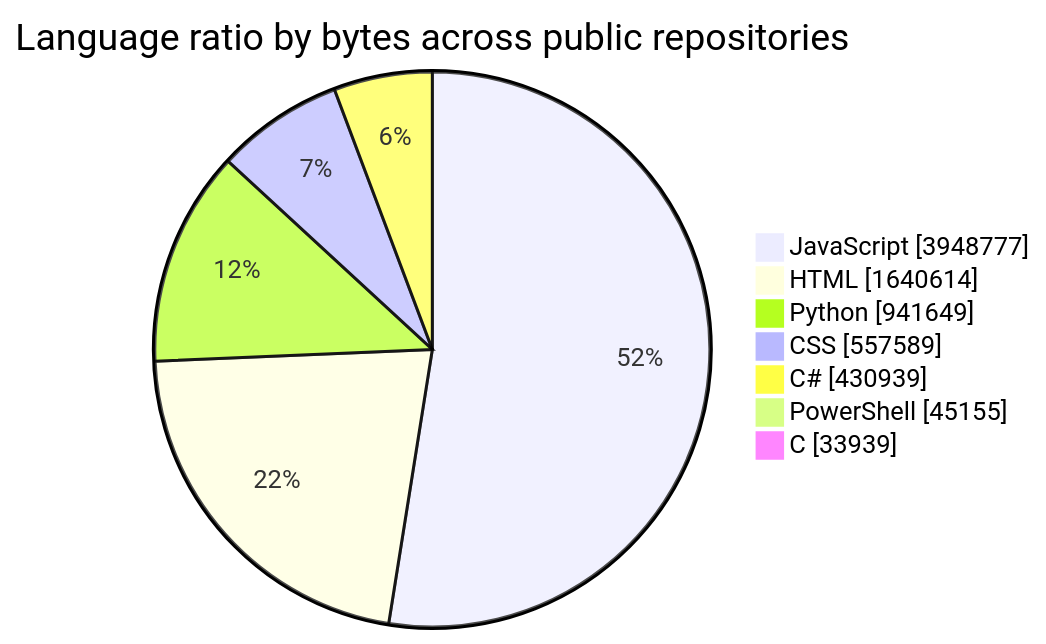
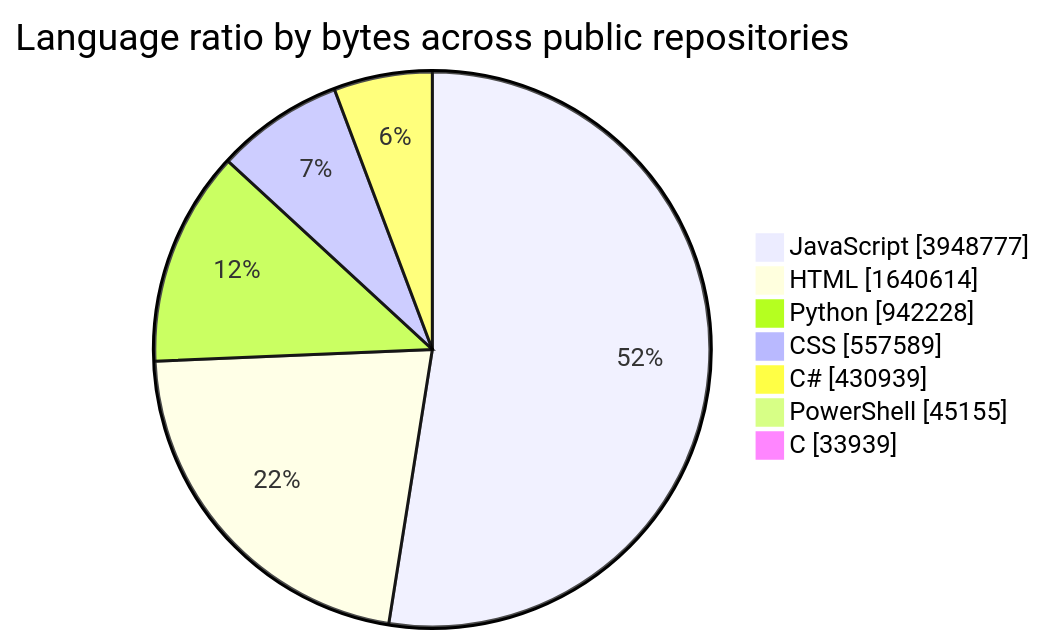
Before and after one commit to tchinso/tchinso: the first of 2 diagrams in README.md, drawn with Mermaid. The commit also changed other lines of this file, not shown here.

````diff
--- a/README.md
+++ b/README.md
@@ -24,11 +24,11 @@
 ```mermaid
 pie showData
     title Language ratio by bytes across public repositories
     "JavaScript" : 3948777
     "HTML" : 1640614
-    "Python" : 941649
+    "Python" : 942228
     "CSS" : 557589
     "C#" : 430939
     "PowerShell" : 45155
     "C" : 33939
 ```
````
